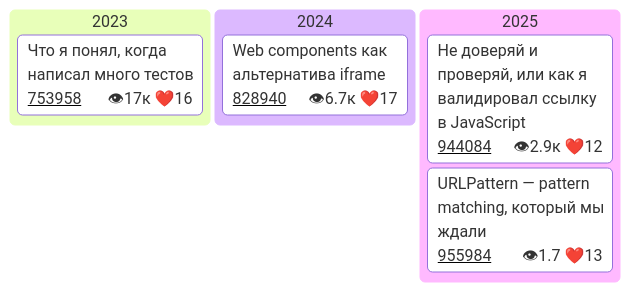
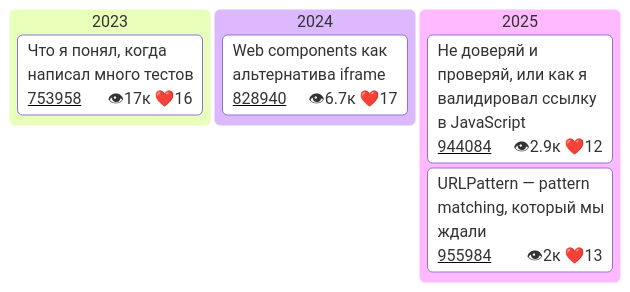
The fourth of 4 diagrams in README.md (Goodzonchik/Goodzonchik), drawn with Mermaid before and after one commit.

````diff
--- a/README.md
+++ b/README.md
@@ -51,28 +51,28 @@
 ```mermaid
 ---
 config:
   kanban:
     ticketBaseUrl: 'https://habr.com/ru/companies/tbank/articles/#TICKET#'
 
 ---
 kanban
   2023
     card1["Что я понял, когда написал много тестов"]@{
       ticket: 753958
       assigned: 👁17к ❤️16
     }
   2024
     card2["Web components как альтернатива iframe"]@{
       ticket: 828940
       assigned: 👁6.7к ❤️17
     }
   2025
     card3["Не доверяй и проверяй, или как я валидировал ссылку в JavaScript"]@{
       ticket: 944084
       assigned: 👁2.9к ❤️12
     }
    card4["URLPattern — pattern matching, который мы ждали"]@{
       ticket: 955984
-      assigned: 👁1.7 ❤️13
+      assigned: 👁2к ❤️13
     }
 ```
````
